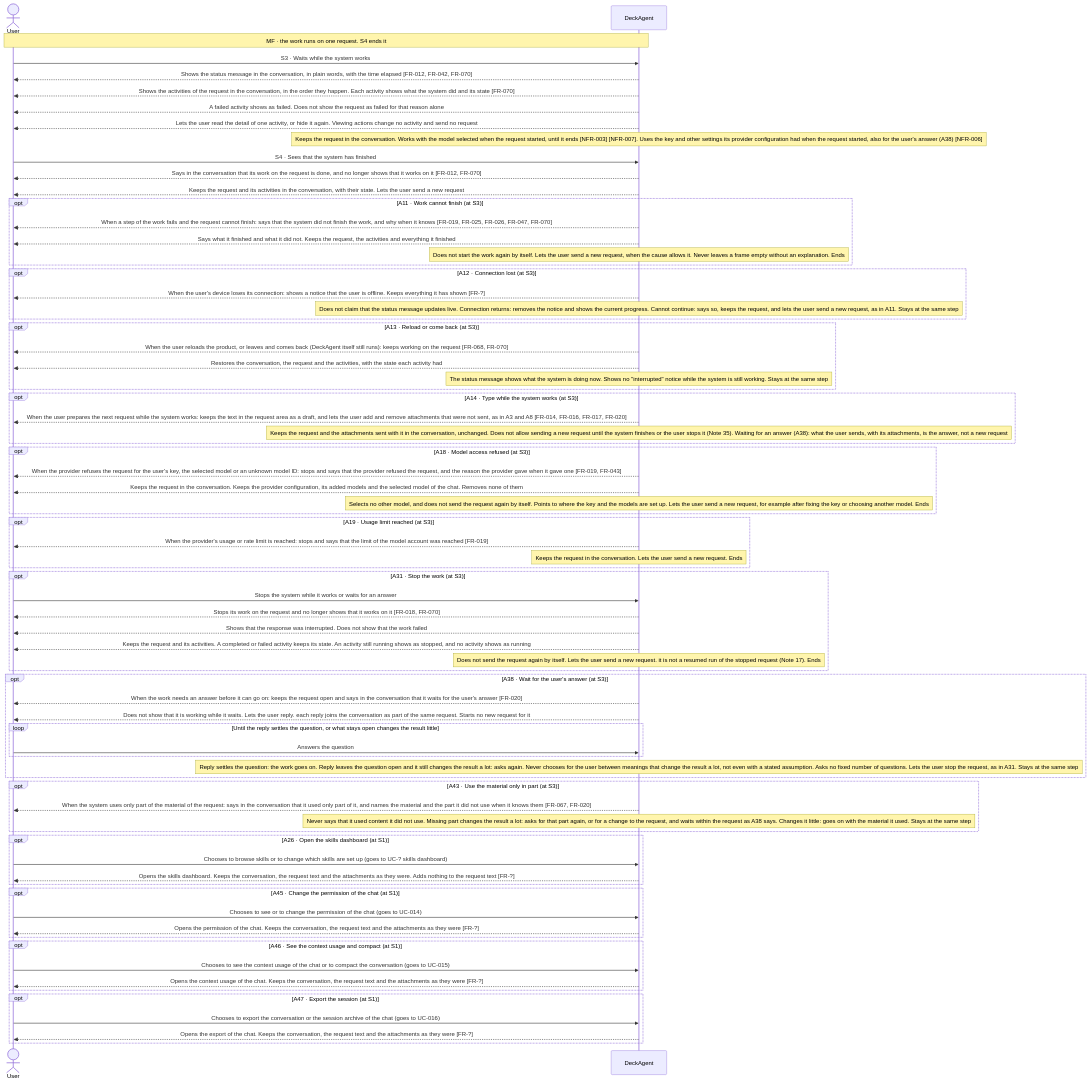
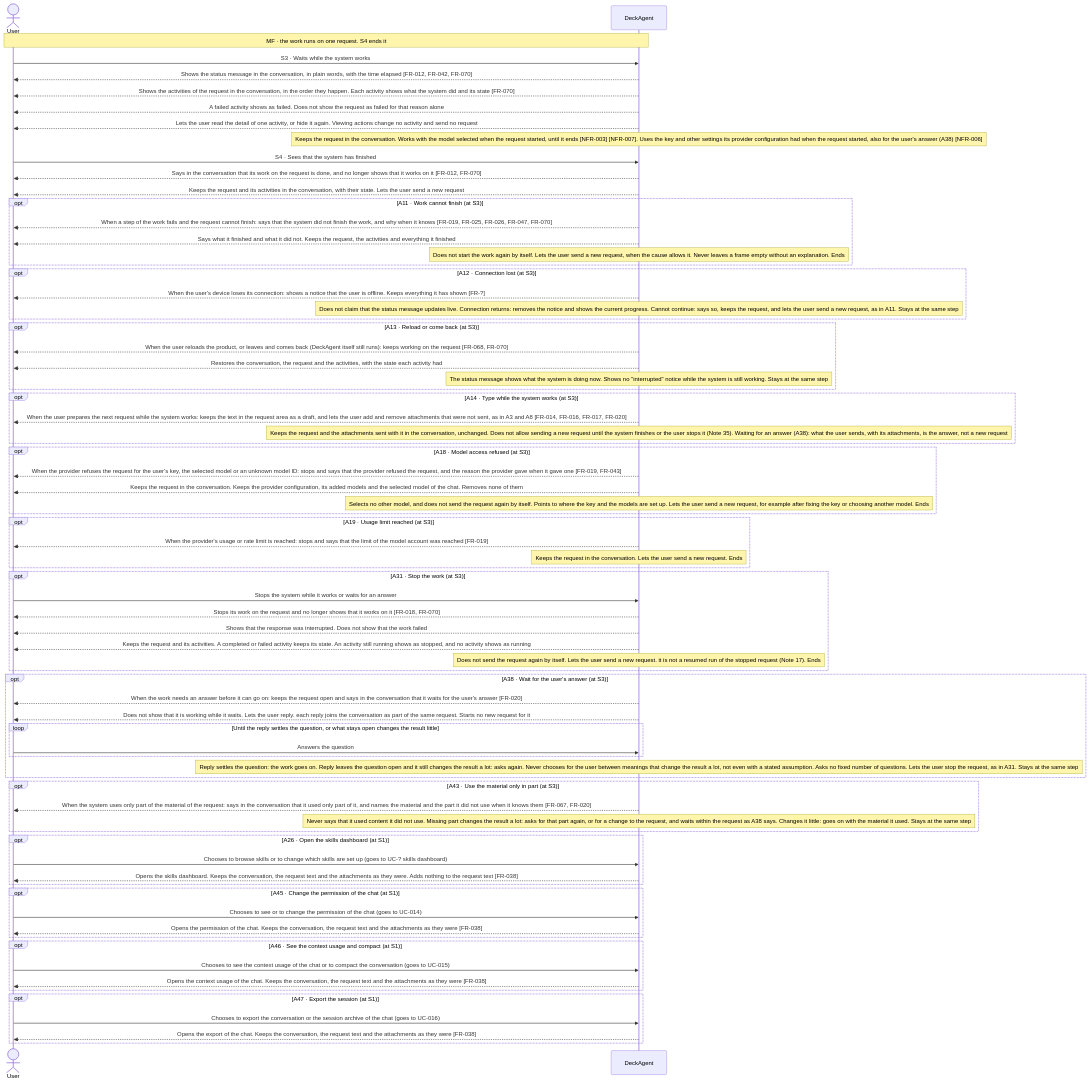
One commit to Luke23127006/DeckAgent changed the fourth of 4 diagrams in docs/spec/03-use-cases/UC-003.md. Above: the diagram before and after it, drawn with Mermaid. The commit also changed other lines of this file and 128 other files, not shown here.

````diff
--- a/docs/spec/03-use-cases/UC-003.md
+++ b/docs/spec/03-use-cases/UC-003.md
@@ -159,77 +140,77 @@
 ```mermaid
 sequenceDiagram
     actor User
     participant DeckAgent
     Note over User,DeckAgent: MF · the work runs on one request. S4 ends it
     User->>DeckAgent: S3 · Waits while the system works
     DeckAgent-->>User: Shows the status message in the conversation, in plain words, with the time elapsed [FR-012, FR-042, FR-070]
     DeckAgent-->>User: Shows the activities of the request in the conversation, in the order they happen. Each activity shows what the system did and its state [FR-070]
     DeckAgent-->>User: A failed activity shows as failed. Does not show the request as failed for that reason alone
     DeckAgent-->>User: Lets the user read the detail of one activity, or hide it again. Viewing actions change no activity and send no request
     note over DeckAgent: Keeps the request in the conversation. Works with the model selected when the request started, until it ends [NFR-003] [NFR-007]. Uses the key and other settings its provider configuration had when the request started, also for the user's answer (A38) [NFR-006]
     User->>DeckAgent: S4 · Sees that the system has finished
     DeckAgent-->>User: Says in the conversation that its work on the request is done, and no longer shows that it works on it [FR-012, FR-070]
     DeckAgent-->>User: Keeps the request and its activities in the conversation, with their state. Lets the user send a new request
     opt A11 · Work cannot finish (at S3)
         DeckAgent-->>User: When a step of the work fails and the request cannot finish: says that the system did not finish the work, and why when it knows [FR-019, FR-025, FR-026, FR-047, FR-070]
         DeckAgent-->>User: Says what it finished and what it did not. Keeps the request, the activities and everything it finished
         note over DeckAgent: Does not start the work again by itself. Lets the user send a new request, when the cause allows it. Never leaves a frame empty without an explanation. Ends
     end
     opt A12 · Connection lost (at S3)
         DeckAgent-->>User: When the user's device loses its connection: shows a notice that the user is offline. Keeps everything it has shown [FR-?]
         note over DeckAgent: Does not claim that the status message updates live. Connection returns: removes the notice and shows the current progress. Cannot continue: says so, keeps the request, and lets the user send a new request, as in A11. Stays at the same step
     end
     opt A13 · Reload or come back (at S3)
         DeckAgent-->>User: When the user reloads the product, or leaves and comes back (DeckAgent itself still runs): keeps working on the request [FR-068, FR-070]
         DeckAgent-->>User: Restores the conversation, the request and the activities, with the state each activity had
         note over DeckAgent: The status message shows what the system is doing now. Shows no "interrupted" notice while the system is still working. Stays at the same step
     end
     opt A14 · Type while the system works (at S3)
         DeckAgent-->>User: When the user prepares the next request while the system works: keeps the text in the request area as a draft, and lets the user add and remove attachments that were not sent, as in A3 and A8 [FR-014, FR-016, FR-017, FR-020]
         note over DeckAgent: Keeps the request and the attachments sent with it in the conversation, unchanged. Does not allow sending a new request until the system finishes or the user stops it (Note 35). Waiting for an answer (A38): what the user sends, with its attachments, is the answer, not a new request
     end
     opt A18 · Model access refused (at S3)
         DeckAgent-->>User: When the provider refuses the request for the user's key, the selected model or an unknown model ID: stops and says that the provider refused the request, and the reason the provider gave when it gave one [FR-019, FR-043]
         DeckAgent-->>User: Keeps the request in the conversation. Keeps the provider configuration, its added models and the selected model of the chat. Removes none of them
         note over DeckAgent: Selects no other model, and does not send the request again by itself. Points to where the key and the models are set up. Lets the user send a new request, for example after fixing the key or choosing another model. Ends
     end
     opt A19 · Usage limit reached (at S3)
         DeckAgent-->>User: When the provider's usage or rate limit is reached: stops and says that the limit of the model account was reached [FR-019]
         note over DeckAgent: Keeps the request in the conversation. Lets the user send a new request. Ends
     end
     opt A31 · Stop the work (at S3)
         User->>DeckAgent: Stops the system while it works or waits for an answer
         DeckAgent-->>User: Stops its work on the request and no longer shows that it works on it [FR-018, FR-070]
         DeckAgent-->>User: Shows that the response was interrupted. Does not show that the work failed
         DeckAgent-->>User: Keeps the request and its activities. A completed or failed activity keeps its state. An activity still running shows as stopped, and no activity shows as running
         note over DeckAgent: Does not send the request again by itself. Lets the user send a new request. it is not a resumed run of the stopped request (Note 17). Ends
     end
     opt A38 · Wait for the user's answer (at S3)
         DeckAgent-->>User: When the work needs an answer before it can go on: keeps the request open and says in the conversation that it waits for the user's answer [FR-020]
         DeckAgent-->>User: Does not show that it is working while it waits. Lets the user reply. each reply joins the conversation as part of the same request. Starts no new request for it
         loop Until the reply settles the question, or what stays open changes the result little
             User->>DeckAgent: Answers the question
         end
         note over DeckAgent: Reply settles the question: the work goes on. Reply leaves the question open and it still changes the result a lot: asks again. Never chooses for the user between meanings that change the result a lot, not even with a stated assumption. Asks no fixed number of questions. Lets the user stop the request, as in A31. Stays at the same step
     end
     opt A43 · Use the material only in part (at S3)
         DeckAgent-->>User: When the system uses only part of the material of the request: says in the conversation that it used only part of it, and names the material and the part it did not use when it knows them [FR-067, FR-020]
         note over DeckAgent: Never says that it used content it did not use. Missing part changes the result a lot: asks for that part again, or for a change to the request, and waits within the request as A38 says. Changes it little: goes on with the material it used. Stays at the same step
     end
     opt A26 · Open the skills dashboard (at S1)
         User->>DeckAgent: Chooses to browse skills or to change which skills are set up (goes to UC-? skills dashboard)
-        DeckAgent-->>User: Opens the skills dashboard. Keeps the conversation, the request text and the attachments as they were. Adds nothing to the request text [FR-?]
+        DeckAgent-->>User: Opens the skills dashboard. Keeps the conversation, the request text and the attachments as they were. Adds nothing to the request text [FR-038]
     end
     opt A45 · Change the permission of the chat (at S1)
         User->>DeckAgent: Chooses to see or to change the permission of the chat (goes to UC-014)
-        DeckAgent-->>User: Opens the permission of the chat. Keeps the conversation, the request text and the attachments as they were [FR-?]
+        DeckAgent-->>User: Opens the permission of the chat. Keeps the conversation, the request text and the attachments as they were [FR-038]
     end
     opt A46 · See the context usage and compact (at S1)
         User->>DeckAgent: Chooses to see the context usage of the chat or to compact the conversation (goes to UC-015)
-        DeckAgent-->>User: Opens the context usage of the chat. Keeps the conversation, the request text and the attachments as they were [FR-?]
+        DeckAgent-->>User: Opens the context usage of the chat. Keeps the conversation, the request text and the attachments as they were [FR-038]
     end
     opt A47 · Export the session (at S1)
         User->>DeckAgent: Chooses to export the conversation or the session archive of the chat (goes to UC-016)
-        DeckAgent-->>User: Opens the export of the chat. Keeps the conversation, the request text and the attachments as they were [FR-?]
+        DeckAgent-->>User: Opens the export of the chat. Keeps the conversation, the request text and the attachments as they were [FR-038]
     end
 ```
````
